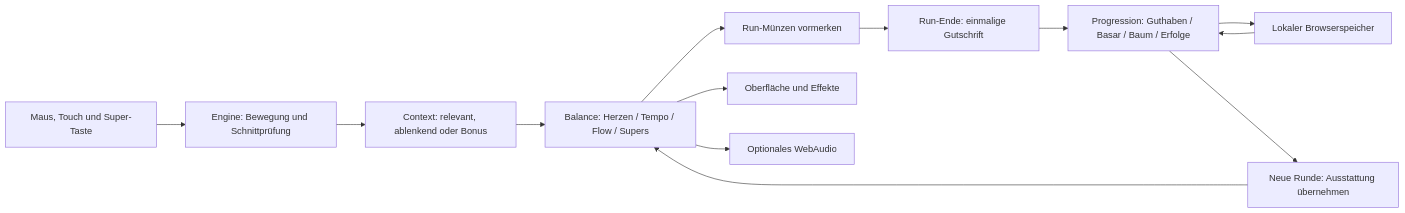
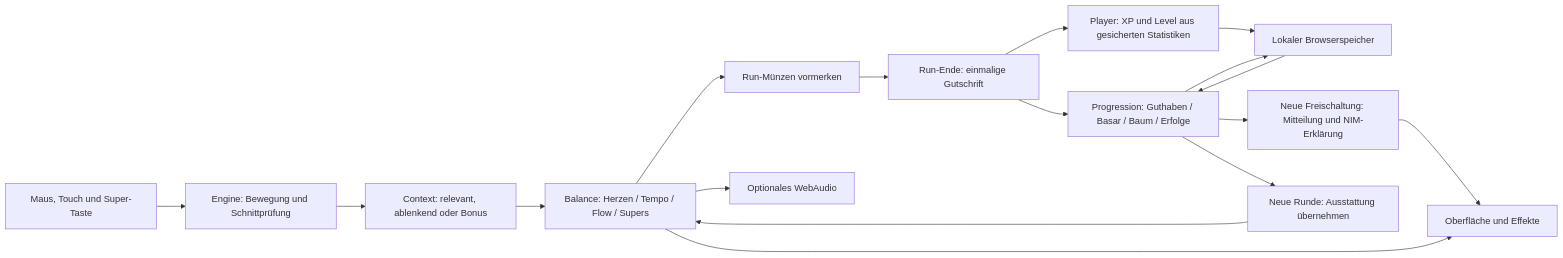
One commit to BruKevFH/REBOOT-Digital-Balance changed the second of 3 diagrams in notification-ninja/PLAN.md. Above: the diagram before and after it, drawn with Mermaid. The commit also changed other lines of this file and 20 other files, not shown here.

````diff
--- a/notification-ninja/PLAN.md
+++ b/notification-ninja/PLAN.md
@@ -65,15 +78,19 @@
 ```mermaid
 flowchart LR
     Input[Maus, Touch und Super-Taste] --> Engine[Engine: Bewegung und Schnittprüfung]
     Engine --> Context[Context: relevant, ablenkend oder Bonus]
     Context --> Balance[Balance: Herzen / Tempo / Flow / Supers]
     Balance --> Pending[Run-Münzen vormerken]
     Pending --> End[Run-Ende: einmalige Gutschrift]
     End --> Progression[Progression: Guthaben / Basar / Baum / Erfolge]
+    End --> Player[Player: XP und Level aus gesicherten Statistiken]
+    Player --> Storage
+    Progression --> Notice[Neue Freischaltung: Mitteilung und NIM-Erklärung]
+    Notice --> View
     Progression --> Storage[Lokaler Browserspeicher]
     Storage --> Progression
     Progression --> NewRun[Neue Runde: Ausstattung übernehmen]
     NewRun --> Balance
     Balance --> View[Oberfläche und Effekte]
     Balance --> Sound[Optionales WebAudio]
 ```
````
